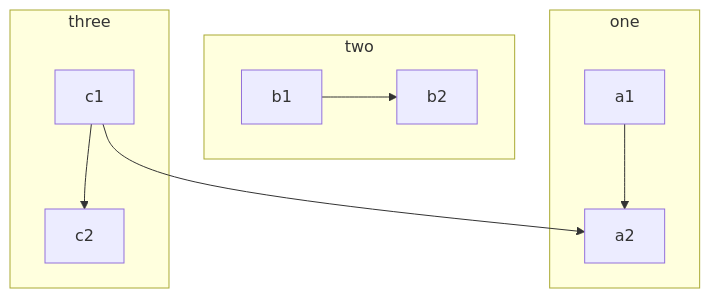
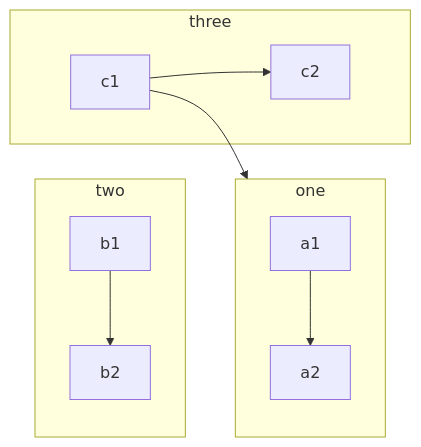
One commit to GATEOverflow/inference changed the third of 3 diagrams in docs/submission/index.md. Above: the diagram before and after it, drawn with Mermaid.

````diff
--- a/docs/submission/index.md
+++ b/docs/submission/index.md
@@ -40,14 +40,15 @@
 ```mermaid
-flowchart TB
+flowchart LR
     c1-->a2
     subgraph one
+    direction TD
     a1-->a2
     end
     subgraph two
     b1-->b2
     end
     subgraph three
     c1-->c2
     end
 
 ```
````
